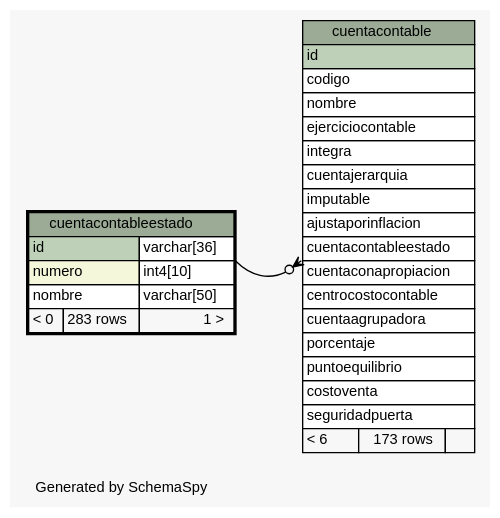
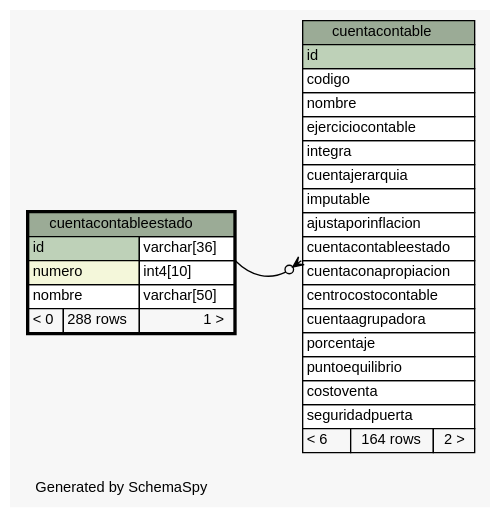
Before and after one commit to diegopablomansilla/massoftware_front: the diagram in postgresql/schemaSpy/salida/diagrams/cuentacontableestado.1degree.dot, drawn with Graphviz. The commit also changed 298 other files, not shown here.

```diff
--- a/postgresql/schemaSpy/salida/diagrams/cuentacontableestado.1degree.dot
+++ b/postgresql/schemaSpy/salida/diagrams/cuentacontableestado.1degree.dot
@@ -1,60 +1,60 @@
 // dot 2.2.1 on Windows 10 10.0
 // SchemaSpy rev 590
 digraph "oneDegreeRelationshipsDiagram" {
   graph [
     rankdir="RL"
     bgcolor="#f7f7f7"
     label="\nGenerated by SchemaSpy"
     labeljust="l"
     nodesep="0.18"
     ranksep="0.46"
     fontname="Helvetica"
     fontsize="11"
   ];
   node [
     fontname="Helvetica"
     fontsize="11"
     shape="plaintext"
   ];
   edge [
     arrowsize="0.8"
   ];
   "cuentacontable":"cuentacontableestado":sw -> "cuentacontableestado":"id.type":se [arrowhead=none dir=back arrowtail=crowodot];
   "cuentacontable" [
     label=<
     <TABLE BORDER="0" CELLBORDER="1" CELLSPACING="0" BGCOLOR="#ffffff">
       <TR><TD COLSPAN="3" BGCOLOR="#9bab96" ALIGN="CENTER">cuentacontable</TD></TR>
       <TR><TD PORT="id" COLSPAN="3" BGCOLOR="#bed1b8" ALIGN="LEFT">id</TD></TR>
       <TR><TD PORT="codigo" COLSPAN="3" ALIGN="LEFT">codigo</TD></TR>
       <TR><TD PORT="nombre" COLSPAN="3" ALIGN="LEFT">nombre</TD></TR>
       <TR><TD PORT="ejerciciocontable" COLSPAN="3" ALIGN="LEFT">ejerciciocontable</TD></TR>
       <TR><TD PORT="integra" COLSPAN="3" ALIGN="LEFT">integra</TD></TR>
       <TR><TD PORT="cuentajerarquia" COLSPAN="3" ALIGN="LEFT">cuentajerarquia</TD></TR>
       <TR><TD PORT="imputable" COLSPAN="3" ALIGN="LEFT">imputable</TD></TR>
       <TR><TD PORT="ajustaporinflacion" COLSPAN="3" ALIGN="LEFT">ajustaporinflacion</TD></TR>
       <TR><TD PORT="cuentacontableestado" COLSPAN="3" ALIGN="LEFT">cuentacontableestado</TD></TR>
       <TR><TD PORT="cuentaconapropiacion" COLSPAN="3" ALIGN="LEFT">cuentaconapropiacion</TD></TR>
       <TR><TD PORT="centrocostocontable" COLSPAN="3" ALIGN="LEFT">centrocostocontable</TD></TR>
       <TR><TD PORT="cuentaagrupadora" COLSPAN="3" ALIGN="LEFT">cuentaagrupadora</TD></TR>
       <TR><TD PORT="porcentaje" COLSPAN="3" ALIGN="LEFT">porcentaje</TD></TR>
       <TR><TD PORT="puntoequilibrio" COLSPAN="3" ALIGN="LEFT">puntoequilibrio</TD></TR>
       <TR><TD PORT="costoventa" COLSPAN="3" ALIGN="LEFT">costoventa</TD></TR>
       <TR><TD PORT="seguridadpuerta" COLSPAN="3" ALIGN="LEFT">seguridadpuerta</TD></TR>
-      <TR><TD ALIGN="LEFT" BGCOLOR="#f7f7f7">&lt; 6</TD><TD ALIGN="RIGHT" BGCOLOR="#f7f7f7">173 rows</TD><TD ALIGN="RIGHT" BGCOLOR="#f7f7f7">  </TD></TR>
+      <TR><TD ALIGN="LEFT" BGCOLOR="#f7f7f7">&lt; 6</TD><TD ALIGN="RIGHT" BGCOLOR="#f7f7f7">164 rows</TD><TD ALIGN="RIGHT" BGCOLOR="#f7f7f7">2 &gt;</TD></TR>
     </TABLE>>
     URL="cuentacontable.html"
     tooltip="cuentacontable"
   ];
   "cuentacontableestado" [
     label=<
     <TABLE BORDER="2" CELLBORDER="1" CELLSPACING="0" BGCOLOR="#ffffff">
       <TR><TD COLSPAN="3" BGCOLOR="#9bab96" ALIGN="CENTER">cuentacontableestado</TD></TR>
       <TR><TD PORT="id" COLSPAN="2" BGCOLOR="#bed1b8" ALIGN="LEFT">id</TD><TD PORT="id.type" ALIGN="LEFT">varchar[36]</TD></TR>
       <TR><TD PORT="numero" COLSPAN="2" BGCOLOR="#f4f7da" ALIGN="LEFT">numero</TD><TD PORT="numero.type" ALIGN="LEFT">int4[10]</TD></TR>
       <TR><TD PORT="nombre" COLSPAN="2" ALIGN="LEFT">nombre</TD><TD PORT="nombre.type" ALIGN="LEFT">varchar[50]</TD></TR>
-      <TR><TD ALIGN="LEFT" BGCOLOR="#f7f7f7">&lt; 0</TD><TD ALIGN="RIGHT" BGCOLOR="#f7f7f7">283 rows</TD><TD ALIGN="RIGHT" BGCOLOR="#f7f7f7">1 &gt;</TD></TR>
+      <TR><TD ALIGN="LEFT" BGCOLOR="#f7f7f7">&lt; 0</TD><TD ALIGN="RIGHT" BGCOLOR="#f7f7f7">288 rows</TD><TD ALIGN="RIGHT" BGCOLOR="#f7f7f7">1 &gt;</TD></TR>
     </TABLE>>
     URL="cuentacontableestado.html"
     tooltip="cuentacontableestado"
   ];
 }
```
